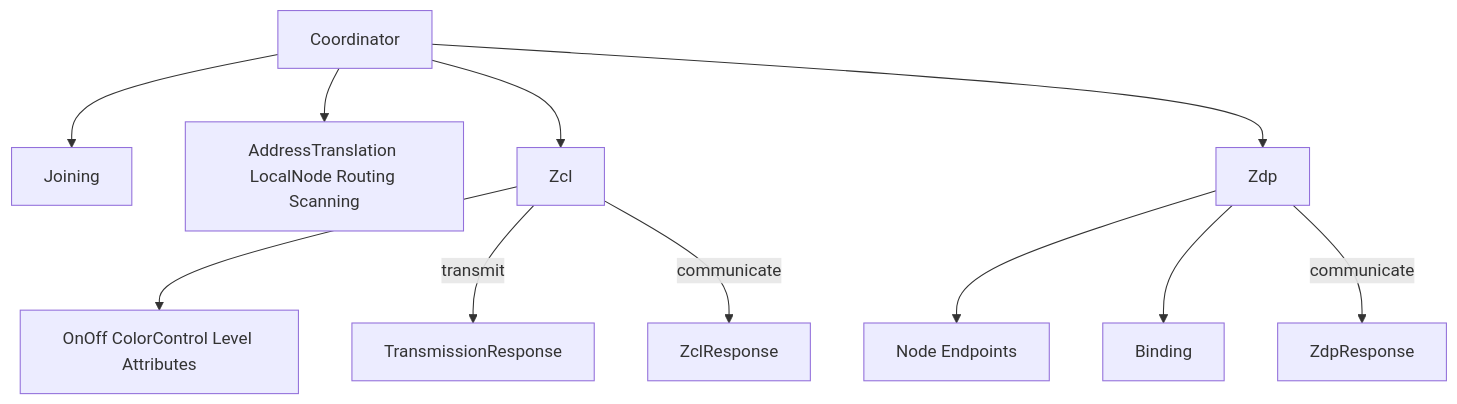
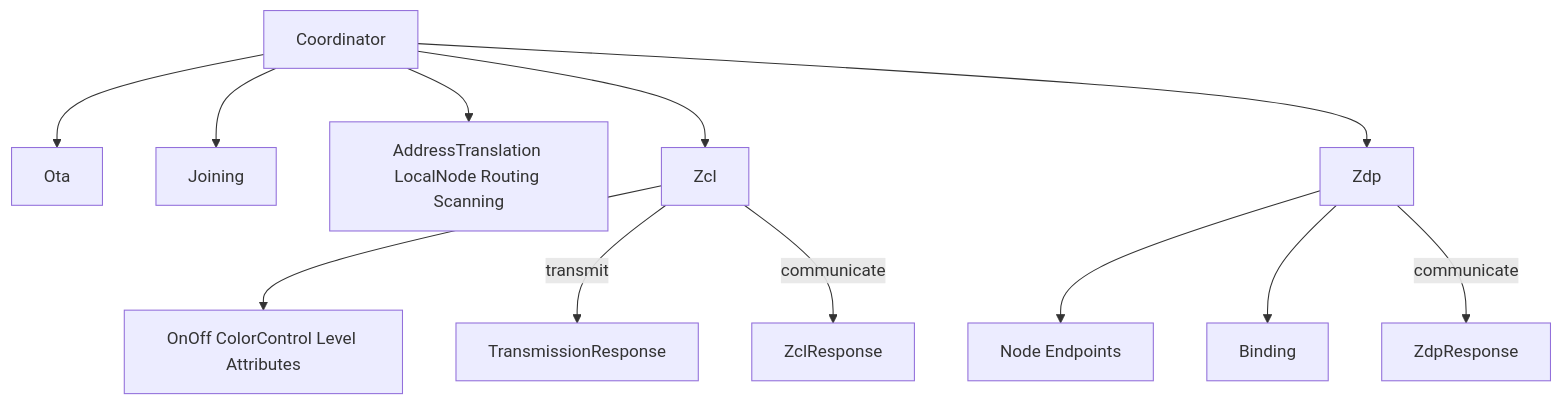
The second of 9 diagrams in coordinator/ARCHITECTURE.md (PaulmannLighting/apis-saltans), drawn with Mermaid before and after one commit. The commit also changed other lines of this file and 14 other files, not shown here.

````diff
--- a/coordinator/ARCHITECTURE.md
+++ b/coordinator/ARCHITECTURE.md
@@ -164,25 +197,27 @@
 ```mermaid
 flowchart TD
     COORD[Coordinator]
+    OTA[Ota]
     JOIN[Joining]
     HWHELPERS[AddressTranslation LocalNode Routing Scanning]
     ZCL[Zcl]
     ZDP[Zdp]
     CLUSTERS[OnOff ColorControl Level Attributes]
     DISCOVERY[Node Endpoints]
     BIND[Binding]
     TXR[TransmissionResponse]
     ZCLR[ZclResponse]
     ZDPR[ZdpResponse]
 
     COORD --> JOIN
     COORD --> HWHELPERS
     COORD --> ZCL
     COORD --> ZDP
+    COORD --> OTA
     ZCL --> CLUSTERS
     ZDP --> DISCOVERY
     ZDP --> BIND
     ZCL -->|transmit| TXR
     ZCL -->|communicate| ZCLR
     ZDP -->|communicate| ZDPR
 ```
````
